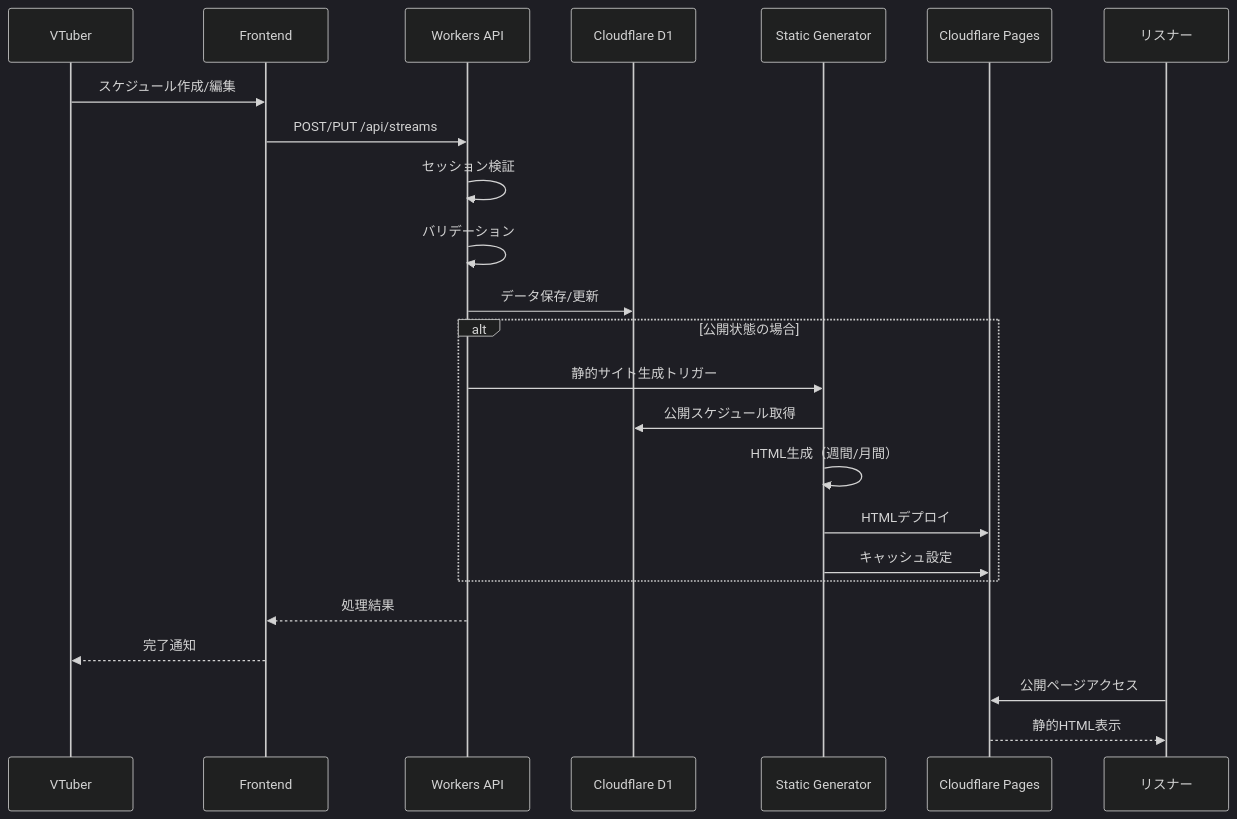
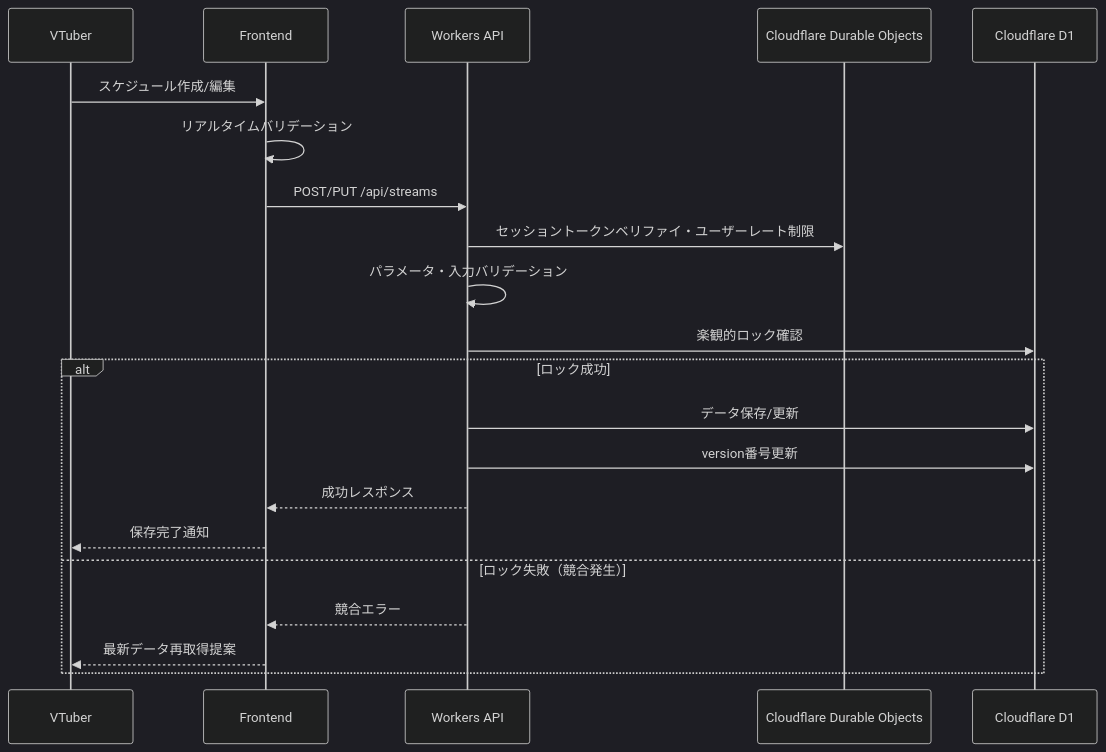
Before and after one commit to osawa-naotaka/vtunehub: the eighth of 12 diagrams in doc/devel/PHASE_01/01_05_FUNCTIONAL_SPEC.md, drawn with Mermaid (dark theme). The commit also changed other lines of this file and 1 other file, not shown here.

````diff
--- a/doc/devel/PHASE_01/01_05_FUNCTIONAL_SPEC.md
+++ b/doc/devel/PHASE_01/01_05_FUNCTIONAL_SPEC.md
@@ -348,30 +289,26 @@
 ```mermaid
 sequenceDiagram
     participant V as VTuber
     participant UI as Frontend
     participant API as Workers API
+    participant DO as Cloudflare Durable Objects
     participant D1 as Cloudflare D1
-    participant Gen as Static Generator
-    participant Pages as Cloudflare Pages
-    participant L as リスナー
 
     V->>UI: スケジュール作成/編集
+    UI->>UI: リアルタイムバリデーション
     UI->>API: POST/PUT /api/streams
-    API->>API: セッション検証
-    API->>API: バリデーション
-    API->>D1: データ保存/更新
+    API->>DO: セッショントークンベリファイ・ユーザーレート制限
+    API->>API: パラメータ・入力バリデーション
+    API->>D1: 楽観的ロック確認
     
-    alt 公開状態の場合
-        API->>Gen: 静的サイト生成トリガー
-        Gen->>D1: 公開スケジュール取得
-        Gen->>Gen: HTML生成（週間/月間）
-        Gen->>Pages: HTMLデプロイ
-        Gen->>Pages: キャッシュ設定
+    alt ロック成功
+        API->>D1: データ保存/更新
+        API->>D1: version番号更新
+        API-->>UI: 成功レスポンス
+        UI-->>V: 保存完了通知
+    else ロック失敗（競合発生）
+        API-->>UI: 競合エラー
+        UI-->>V: 最新データ再取得提案
     end
     
-    API-->>UI: 処理結果
-    UI-->>V: 完了通知
-    
-    L->>Pages: 公開ページアクセス
-    Pages-->>L: 静的HTML表示
 ```
````
